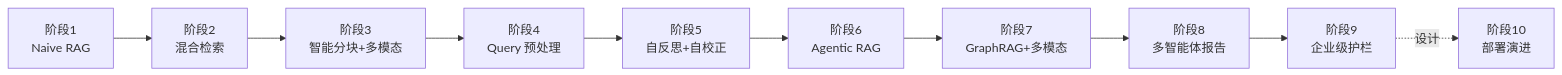
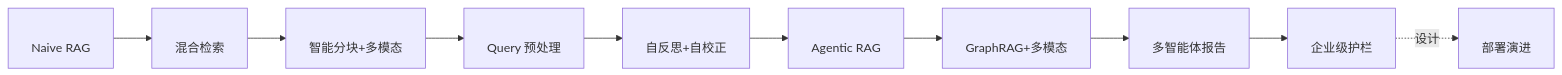
Before and after one commit to lzptouch/Kquery: the second of 2 diagrams in doc/analysis/模块.md, drawn with Mermaid. The commit also changed other lines of this file and 219 other files, not shown here.

````diff
--- a/doc/analysis/模块.md
+++ b/doc/analysis/模块.md
@@ -95,12 +95,12 @@
 ```mermaid
 flowchart LR
-    S1[阶段1<br/>Naive RAG] --> S2[阶段2<br/>混合检索]
-    S2 --> S3[阶段3<br/>智能分块+多模态]
-    S3 --> S4[阶段4<br/>Query 预处理]
-    S4 --> S5[阶段5<br/>自反思+自校正]
-    S5 --> S6[阶段6<br/>Agentic RAG]
-    S6 --> S7[阶段7<br/>GraphRAG+多模态]
-    S7 --> S8[阶段8<br/>多智能体报告]
-    S8 --> S9[阶段9<br/>企业级护栏]
-    S9 -.设计.-> S10[阶段10<br/>部署演进]
+    S1[<br/>Naive RAG] --> S2[<br/>混合检索]
+    S2 --> S3[<br/>智能分块+多模态]
+    S3 --> S4[<br/>Query 预处理]
+    S4 --> S5[<br/>自反思+自校正]
+    S5 --> S6[<br/>Agentic RAG]
+    S6 --> S7[<br/>GraphRAG+多模态]
+    S7 --> S8[<br/>多智能体报告]
+    S8 --> S9[<br/>企业级护栏]
+    S9 -.设计.-> S10[<br/>部署演进]
 ```
````
